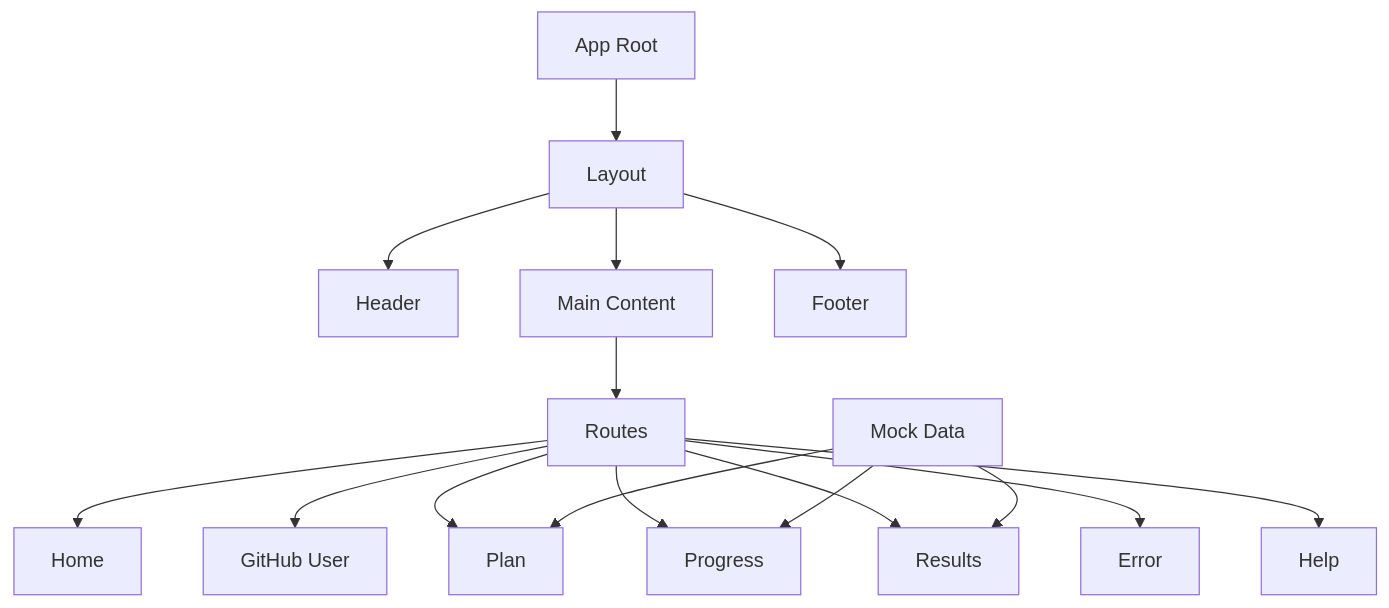
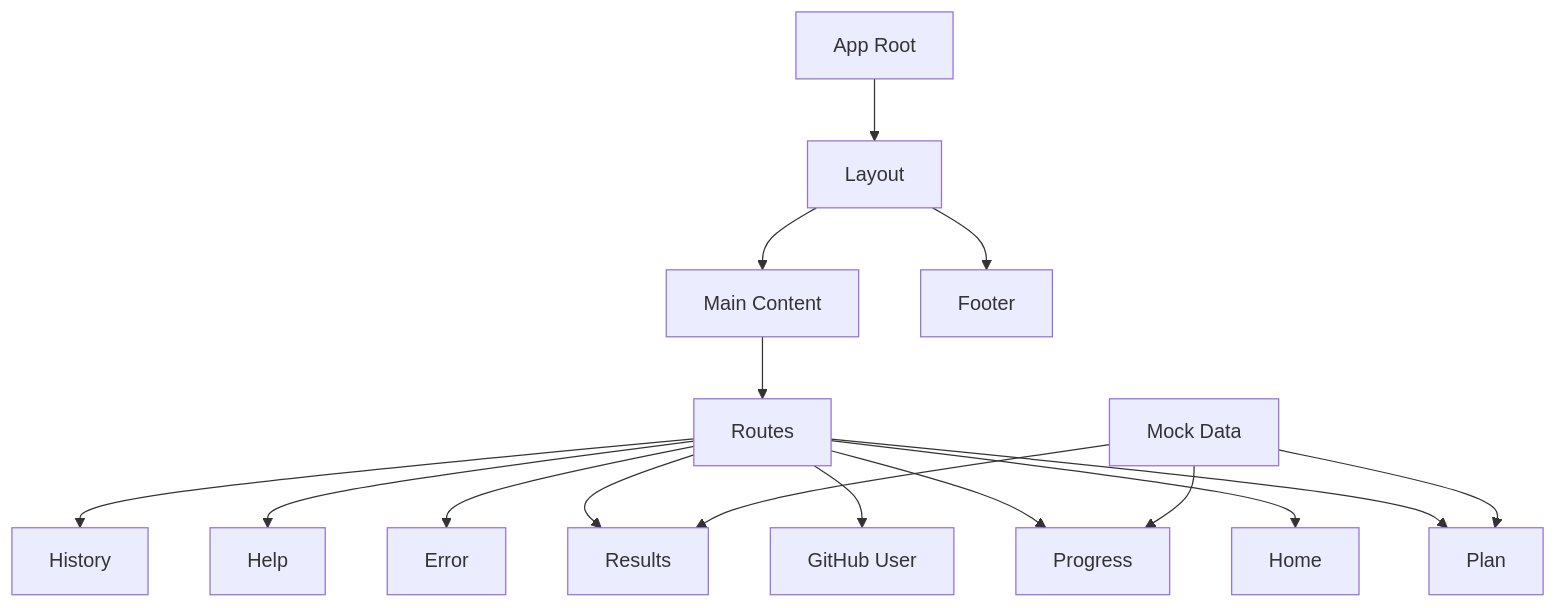
Before and after one commit to ToyB0x/git-resume: the first of 2 diagrams in docs/epic/2.ui-gap-adjust/ARCHITECTURE.md, drawn with Mermaid. The commit also changed other lines of this file and 3 other files, not shown here.

Commit message:
feat: add history screen and update architecture documentation

````diff
--- a/docs/epic/2.ui-gap-adjust/ARCHITECTURE.md
+++ b/docs/epic/2.ui-gap-adjust/ARCHITECTURE.md
@@ -25,18 +25,18 @@
 ```mermaid
 graph TD
     A[App Root] --> B[Layout]
-    B --> C[Header]
     B --> D[Main Content]
     B --> E[Footer]
     D --> F[Routes]
     F --> G[Home]
     F --> H[GitHub User]
     F --> I[Plan]
     F --> J[Progress]
     F --> K[Results]
     F --> L[Error]
     F --> M[Help]
-    N[Mock Data] --> I
-    N --> J
-    N --> K
+    F --> N[History]
+    O[Mock Data] --> I
+    O --> J
+    O --> K
 ```
````
